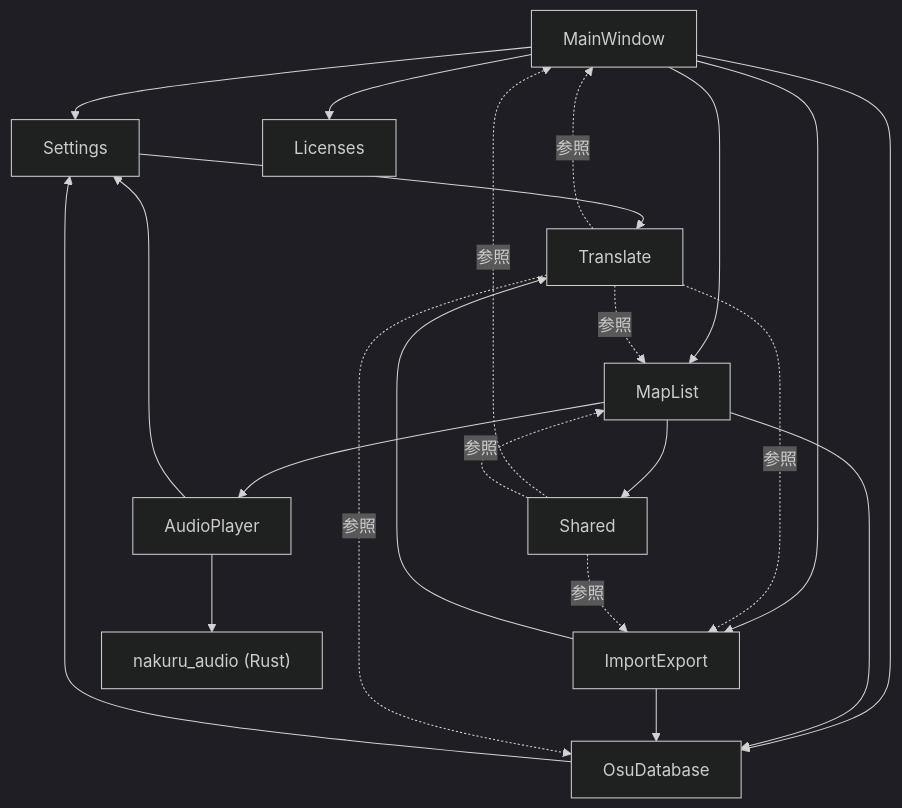
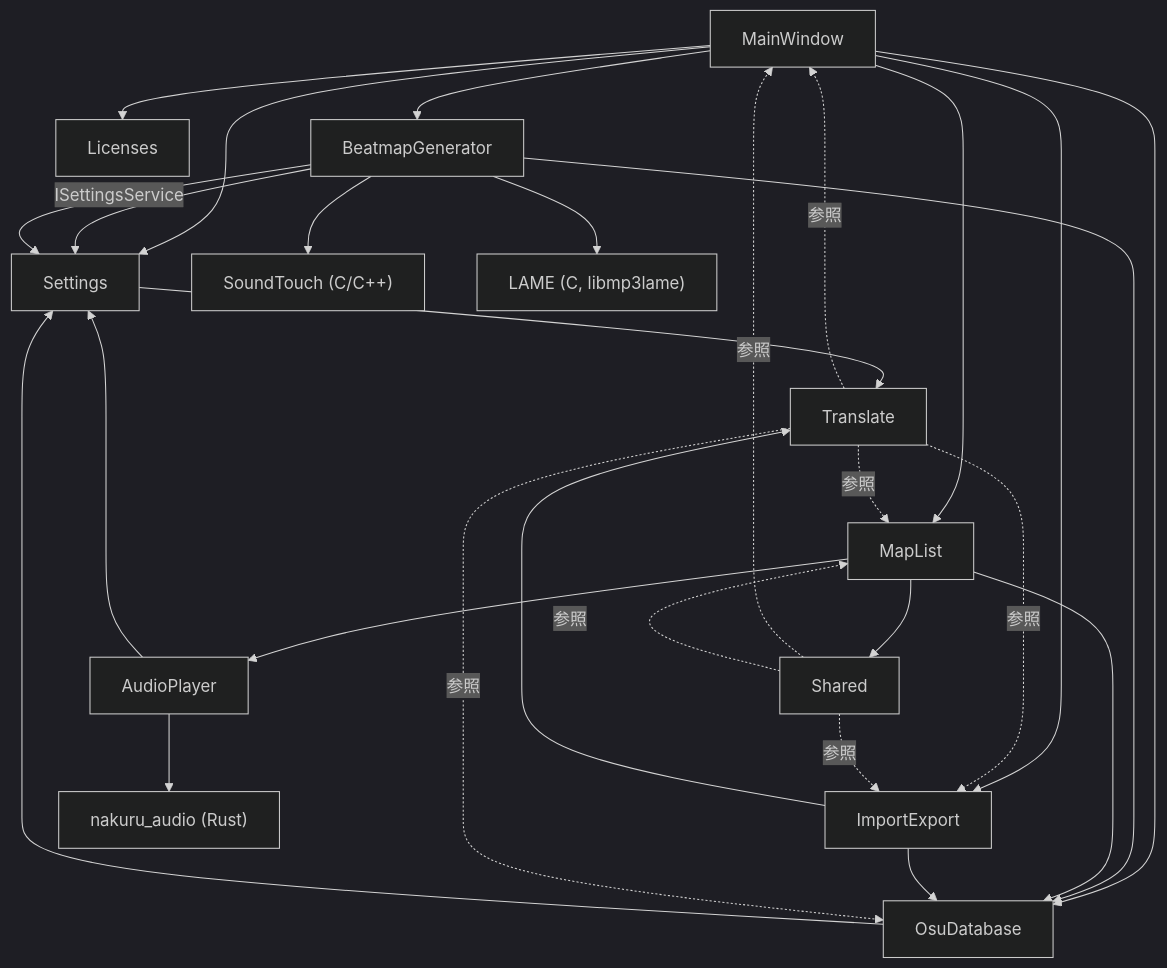
The diagram in docs/ARCHITECTURE.md (rice5941/NakuruTool_Avalonia_AOT), drawn with Mermaid (dark theme) before and after one commit. The commit also changed other lines of this file and 59 other files, not shown here.

````diff
--- a/docs/ARCHITECTURE.md
+++ b/docs/ARCHITECTURE.md
@@ -197,24 +217,30 @@
 ```mermaid
 graph TD
     MW[MainWindow] --> Settings
     MW --> OsuDatabase
     MW --> MapList
     MW --> ImportExport
     MW --> Licenses
+    MW --> BeatmapGenerator
+    BeatmapGenerator --> OsuDatabase
+    BeatmapGenerator --> Settings
+    BeatmapGenerator -->|ISettingsService| Settings
     MapList --> OsuDatabase
     MapList --> AudioPlayer
     MapList --> Shared
     ImportExport --> OsuDatabase
     ImportExport --> Translate
     AudioPlayer --> Settings
     AudioPlayer --> NativeLib["nakuru_audio (Rust)"]
+    BeatmapGenerator --> SoundTouchLib["SoundTouch (C/C++)"]
+    BeatmapGenerator --> LameLib["LAME (C, libmp3lame)"]
     OsuDatabase --> Settings
     Settings --> Translate
     Translate -.->|参照| MW
     Translate -.->|参照| MapList
     Translate -.->|参照| OsuDatabase
     Translate -.->|参照| ImportExport
     Shared -.->|参照| MW
     Shared -.->|参照| MapList
     Shared -.->|参照| ImportExport
 ```
````
